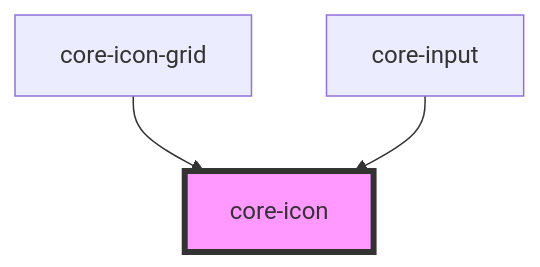
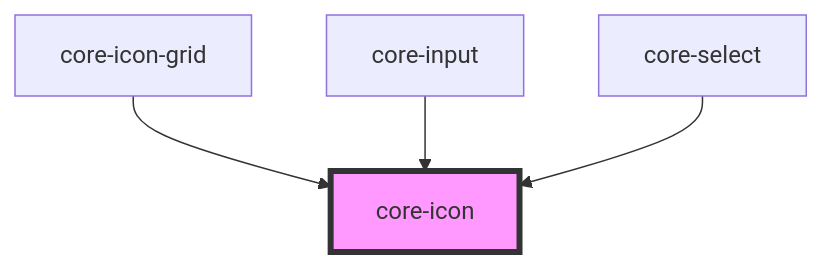
One commit to iFixit/core-design changed the diagram in packages/components-web/src/components/core-icon/readme.md. Above: the diagram before and after it, drawn with Mermaid. The commit also changed other lines of this file and 2 other files, not shown here.

Commit message:
re-build, update browserslist package

````diff
--- a/packages/components-web/src/components/core-icon/readme.md
+++ b/packages/components-web/src/components/core-icon/readme.md
@@ -27,6 +28,7 @@
 ```mermaid
 graph TD;
   core-icon-grid --> core-icon
   core-input --> core-icon
+  core-select --> core-icon
   style core-icon fill:#f9f,stroke:#333,stroke-width:4px
 ```
````
